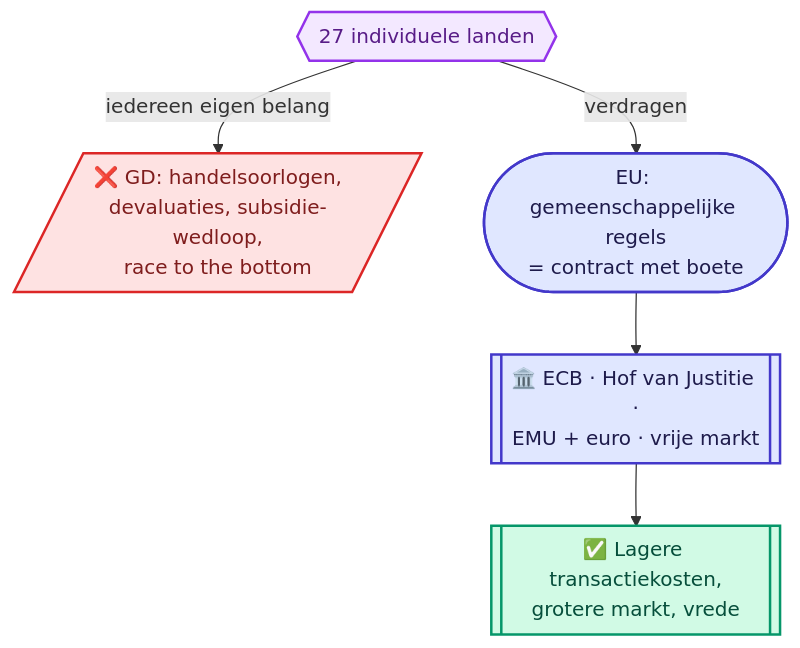
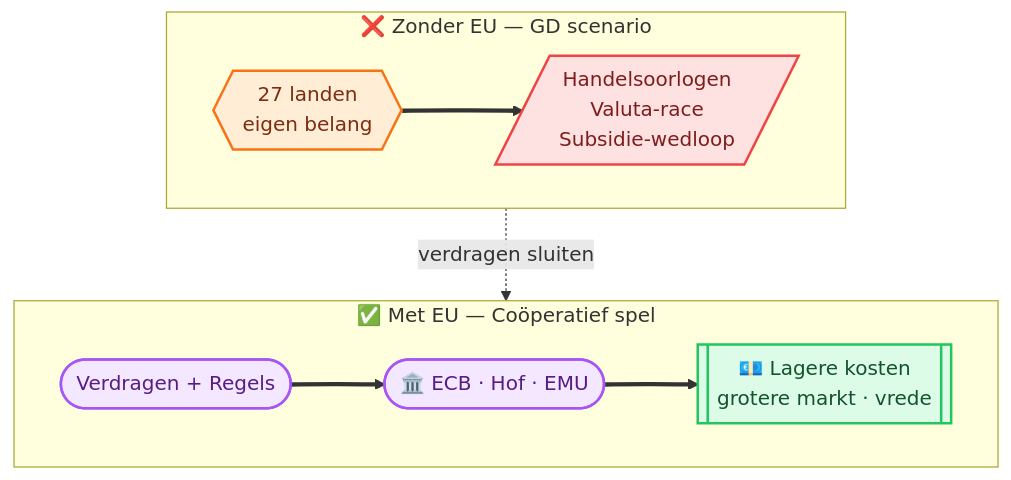
Diagram 12 of 23 in Volledige_Samenvatting_H1_H2.md (ateknol/HAVO-Economie-examen), drawn with Mermaid before and after one commit. The commit also changed other lines of this file and 6 other files, not shown here.

````diff
--- a/Volledige_Samenvatting_H1_H2.md
+++ b/Volledige_Samenvatting_H1_H2.md
@@ -786,22 +819,21 @@
 ```mermaid
 flowchart TD
-    IL{{"27 individuele landen"}}
-    GD[/"❌ GD: handelsoorlogen,<br/>devaluaties, subsidie-wedloop,<br/>race to the bottom"/]
-    EU(["EU: gemeenschappelijke regels<br/>= contract met boete"])
-    Inst[["🏛️ ECB · Hof van Justitie ·<br/>EMU + euro · vrije markt"]]
-    WIN[["✅ Lagere transactiekosten,<br/>grotere markt, vrede"]]
-
-    IL -->|"iedereen eigen belang"| GD
-    IL -->|"verdragen"| EU
-    EU --> Inst --> WIN
-
-    classDef term fill:#f3e8ff,stroke:#9333ea,stroke-width:2px,color:#581c87
-    classDef proces fill:#e0e7ff,stroke:#4338ca,stroke-width:2px,color:#1e1b4b
-    classDef fout fill:#fee2e2,stroke:#dc2626,stroke-width:2px,color:#7f1d1d
-    classDef goed fill:#d1fae5,stroke:#059669,stroke-width:2px,color:#064e3b
-
-    class IL term
-    class EU,Inst proces
-    class GD fout
-    class WIN goed
+    subgraph EU_Zon["❌ Zonder EU — GD scenario"]
+        direction LR
+        EU_27{{"27 landen<br/>eigen belang"}} ==> EU_GD[/"Handelsoorlogen<br/>Valuta-race<br/>Subsidie-wedloop"/]
+    end
+    subgraph EU_Met["✅ Met EU — Coöperatief spel"]
+        direction LR
+        EU_Verd(["Verdragen + Regels"]) ==> EU_Inst(["🏛️ ECB · Hof · EMU"])
+        EU_Inst ==> EU_Win[["💶 Lagere kosten<br/>grotere markt · vrede"]]
+    end
+    EU_27 -.->|"verdragen sluiten"| EU_Verd
+    classDef risico fill:#ffedd5,stroke:#f97316,stroke-width:2px,color:#7c2d12
+    classDef falen fill:#fee2e2,stroke:#ef4444,stroke-width:2px,color:#7f1d1d
+    classDef oploss fill:#f3e8ff,stroke:#a855f7,stroke-width:2px,color:#581c87
+    classDef succes fill:#dcfce7,stroke:#22c55e,stroke-width:2px,color:#14532d
+    class EU_27 risico
+    class EU_GD falen
+    class EU_Verd,EU_Inst oploss
+    class EU_Win succes
 ```
````
